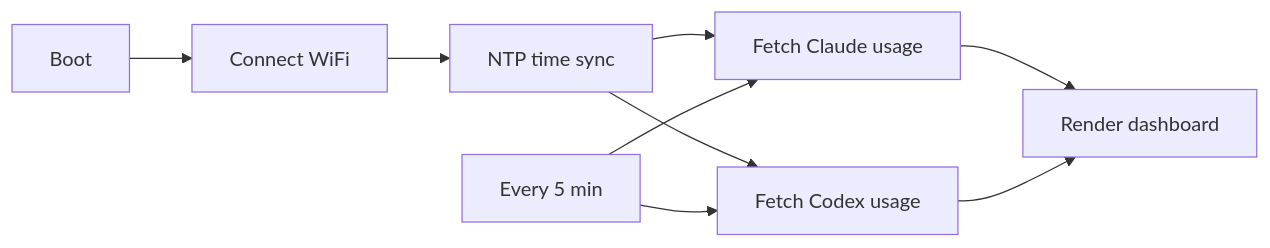
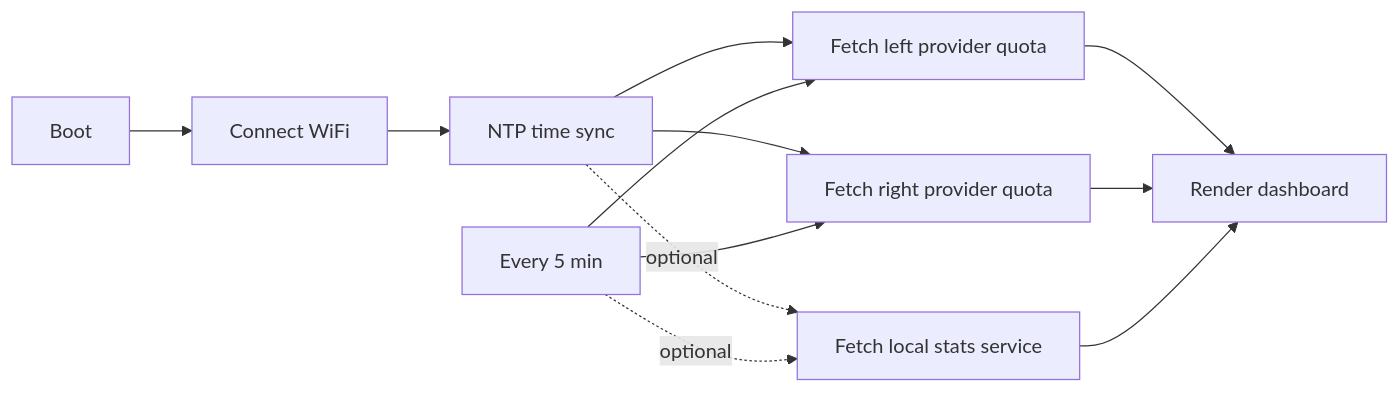
The diagram in README.md (DragynX/ePaper_vibe_coding_ai_usage_track), drawn with Mermaid before and after one commit. The commit also changed other lines of this file and 23 other files, not shown here.

Commit message:
feat: add local stats dashboard mode

````diff
--- a/README.md
+++ b/README.md
@@ -25,11 +27,14 @@
 ```mermaid
 flowchart LR
   A[Boot] --> B[Connect WiFi]
   B --> C[NTP time sync]
-  C --> D[Fetch Claude usage]
-  C --> E[Fetch Codex usage]
+  C --> D[Fetch left provider quota]
+  C --> E[Fetch right provider quota]
+  C -. optional .-> L[Fetch local stats service]
   D --> F[Render dashboard]
   E --> F
+  L --> F
   G[Every 5 min] --> D
   G --> E
+  G -. optional .-> L
 ```
````
